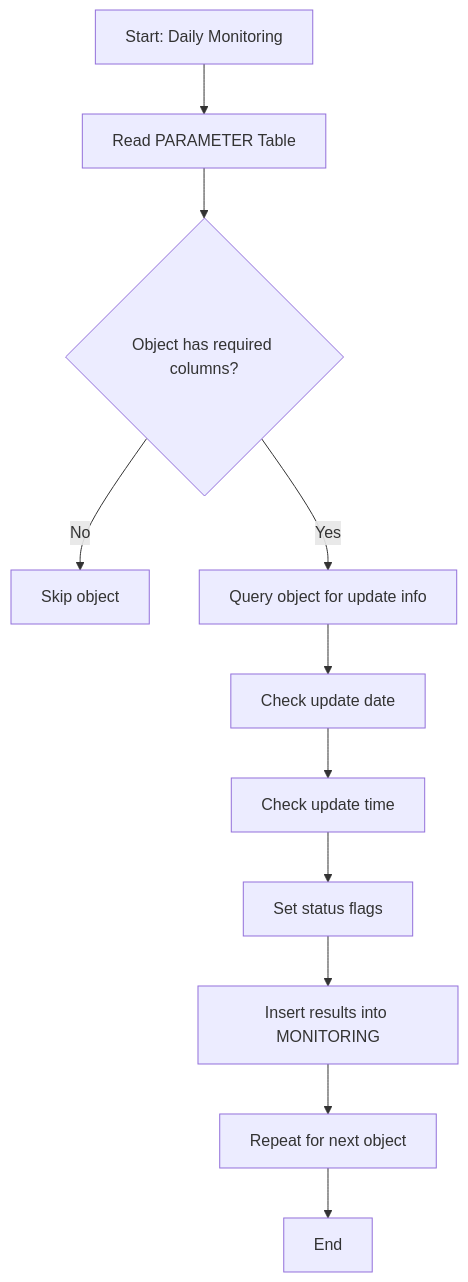
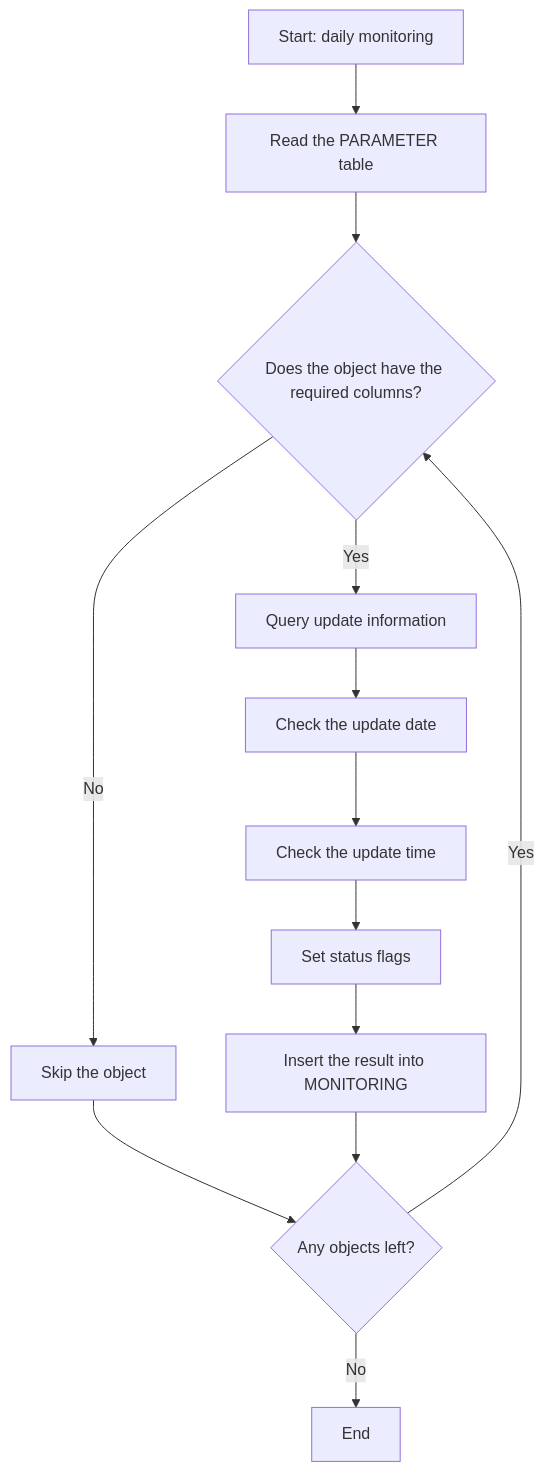
Before and after one commit to DevRaulOliveira/main-projects: the second of 2 diagrams in data-monitoring/README.md, drawn with Mermaid. The commit also changed other lines of this file, not shown here.

````diff
--- a/data-monitoring/README.md
+++ b/data-monitoring/README.md
@@ -62,13 +192,15 @@
 ```mermaid
 flowchart TD
-    A[Start: Daily Monitoring] --> B[Read PARAMETER Table]
-    B --> C{Object has required columns?}
-    C -- No --> D[Skip object]
-    C -- Yes --> E[Query object for update info]
-    E --> F[Check update date]
-    F --> G[Check update time]
-    G --> H[Set status flags]
-    H --> I[Insert results into MONITORING]
-    I --> J[Repeat for next object]
-    J --> K[End]
+    A["Start: daily monitoring"] --> B["Read the PARAMETER table"]
+    B --> C{"Does the object have the required columns?"}
+    C -- No --> D["Skip the object"]
+    C -- Yes --> E["Query update information"]
+    E --> F["Check the update date"]
+    F --> G["Check the update time"]
+    G --> H["Set status flags"]
+    H --> I["Insert the result into MONITORING"]
+    D --> J{"Any objects left?"}
+    I --> J
+    J -- Yes --> C
+    J -- No --> K["End"]
 ```
````
